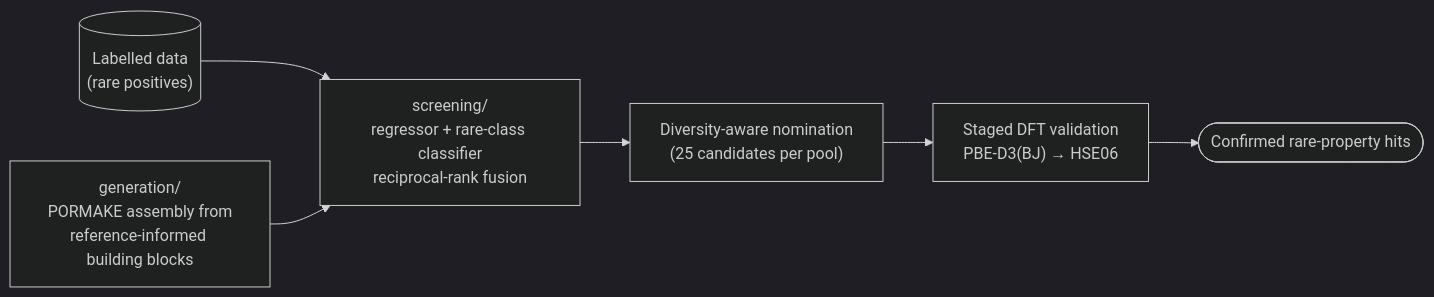
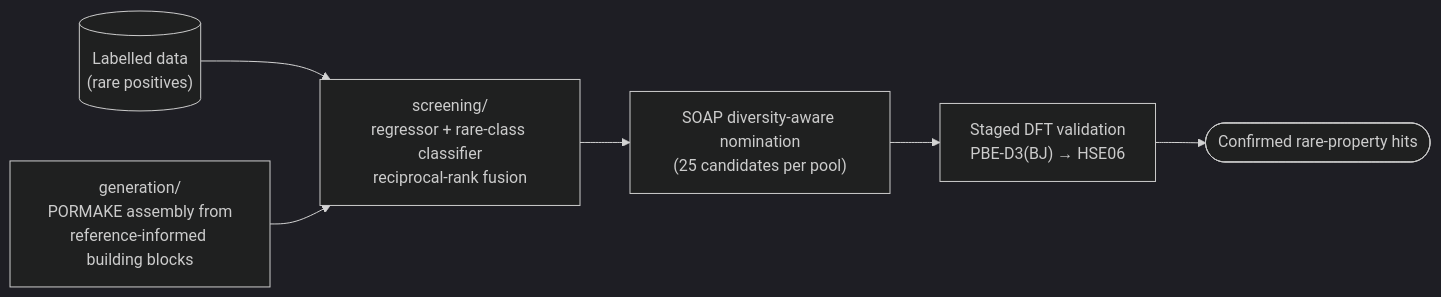
Before and after one commit to EYErbil/Rare-Property-Retrieval-in-MOFs: the diagram in README.md, drawn with Mermaid (dark theme). The commit also changed other lines of this file and 39 other files, not shown here.

````diff
--- a/README.md
+++ b/README.md
@@ -26,8 +39,8 @@
 ```mermaid
 flowchart LR
     L[("Labelled data<br/>(rare positives)")] --> S["screening/<br/>regressor + rare-class classifier<br/>reciprocal-rank fusion"]
     G["generation/<br/>PORMAKE assembly from<br/>reference-informed building blocks"] --> S
-    S --> N["Diversity-aware nomination<br/>(25 candidates per pool)"]
+    S --> N["SOAP diversity-aware nomination<br/>(25 candidates per pool)"]
     N --> V["Staged DFT validation<br/>PBE-D3(BJ) → HSE06"]
     V --> H(["Confirmed rare-property hits"])
 ```
````
